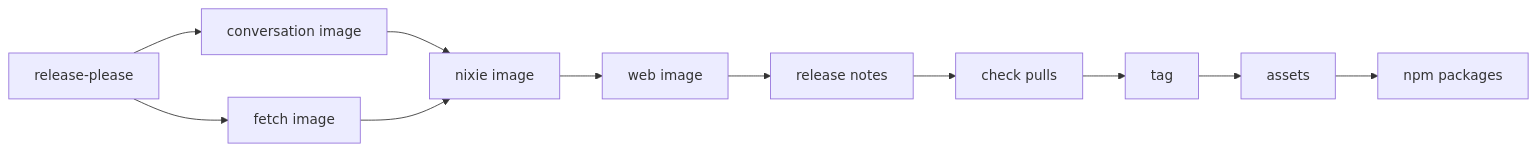
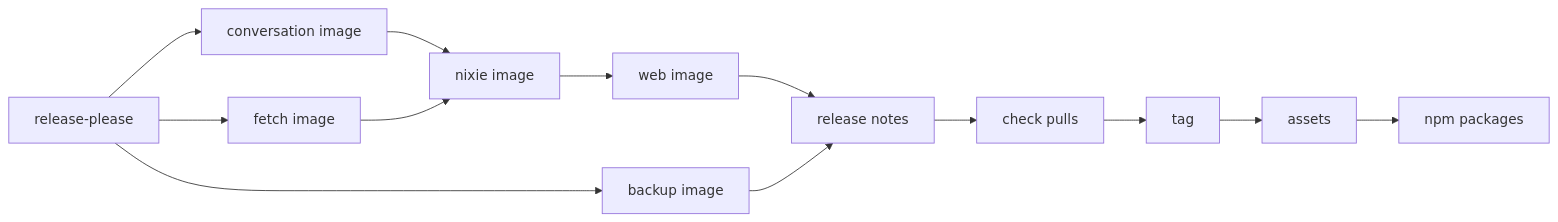
One commit to zgeoff/nixie changed the diagram in docs/architecture/deployment/release-pipeline.md. Above: the diagram before and after it, drawn with Mermaid. The commit also changed other lines of this file and 194 other files, not shown here.

````diff
--- a/docs/architecture/deployment/release-pipeline.md
+++ b/docs/architecture/deployment/release-pipeline.md
@@ -44,13 +44,16 @@
 ```mermaid
 flowchart LR
   rp[release-please] --> conv[conversation image]
-  rp --> fetch[fetch image]
+    rp --> fetch[fetch image]
+  rp --> backup[backup image]
+
   conv --> nixie[nixie image]
   fetch --> nixie
-  nixie --> web[web image]
+    nixie --> web[web image]
   web --> notes[release notes]
+  backup --> notes
   notes --> pulls[check pulls]
   pulls --> tag[tag]
   tag --> assets[assets]
   assets --> npm[npm packages]
 ```
````
